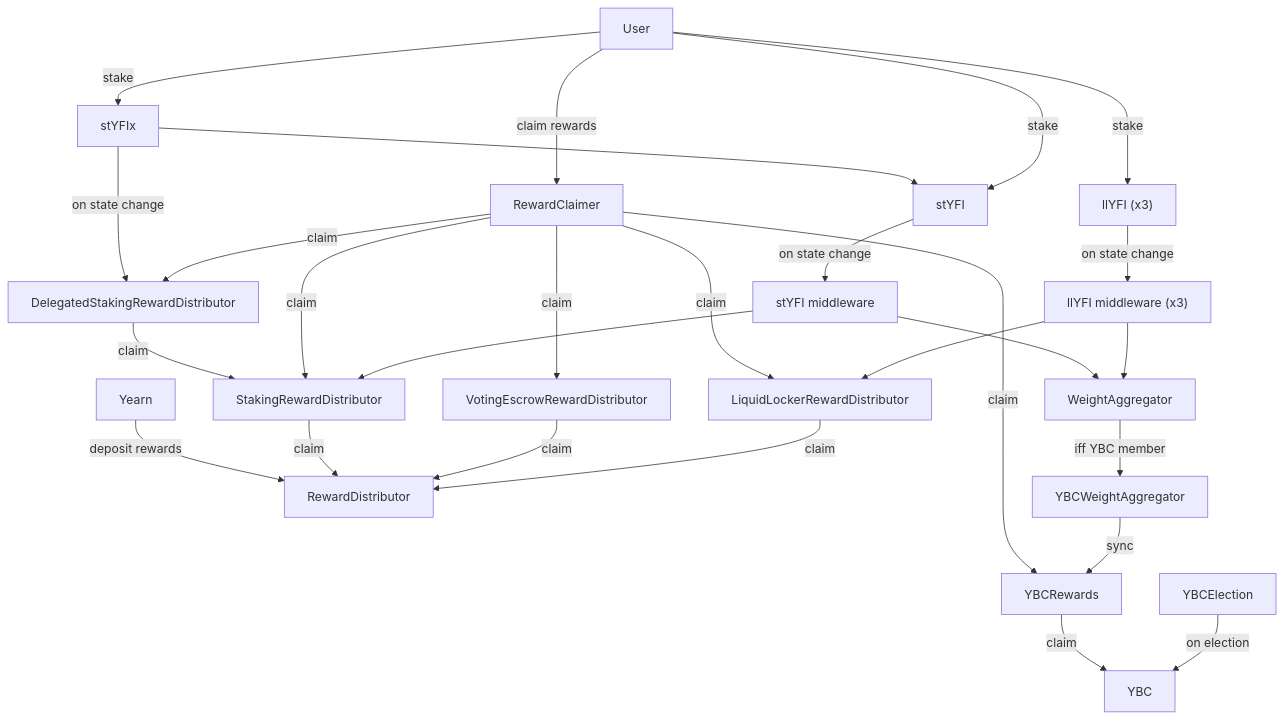
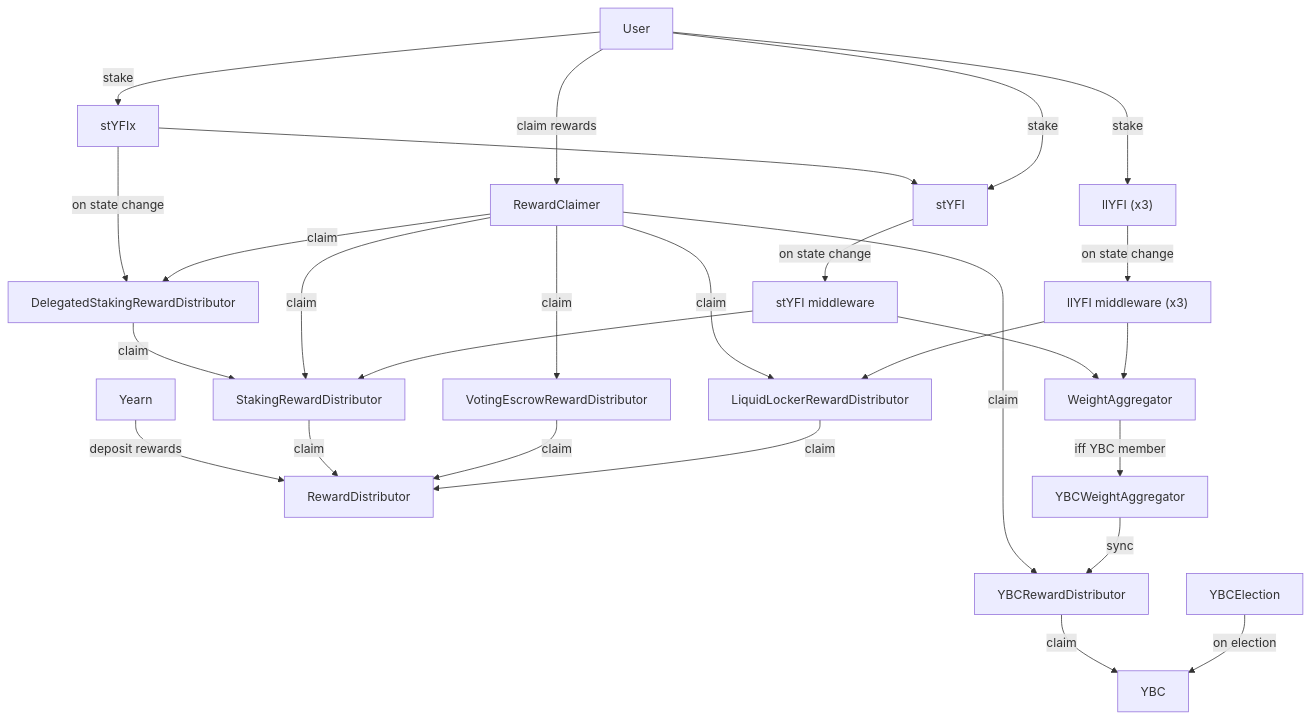
One commit to yearn/stYFI changed the diagram in README.md. Above: the diagram before and after it, drawn with Mermaid. The commit also changed other lines of this file and 2 other files, not shown here.

````diff
--- a/README.md
+++ b/README.md
@@ -53,53 +113,53 @@
 ```mermaid
 flowchart TD
     U[User]
     A[RewardDistributor]
     B[StakingRewardDistributor]
     D[VotingEscrowRewardDistributor]
     C[LiquidLockerRewardDistributor]
 
-    E[stYFI] -->|"on state change"| J
+    E[stYFI] --> |"on state change"| J
     G[stYFIx] --> E
     F["llYFI (x3)"] --> |"on state change"| K
 
     G --> |"on state change"| H[DelegatedStakingRewardDistributor]
     H --> |"claim"| B
 
     Y[Yearn] --> |"deposit rewards"|A
 
     B --> |"claim"| A
     D --> |"claim"| A
     C --> |"claim"| A
 
     I["RewardClaimer"]
     I --> |"claim"| B
     I --> |"claim"| D
     I --> |"claim"| C
     I --> |"claim"| H
     I --> |"claim"| N
     U --> |"claim rewards"| I
 
     U --> |"stake"| E
     U --> |"stake"| G
     U --> |"stake"| F
 
     J[stYFI middleware]
     J --> B
     J --> L
 
     K["llYFI middleware (x3)"]
     K --> C
     K --> L
 
     L[WeightAggregator]
     M[YBCWeightAggregator]
     L --> |"iff YBC member"| M
 
-    N[YBCRewards]
+    N[YBCRewardDistributor]
     M --> |sync| N
     N --> |claim| P
 
     P[YBC]
     O[YBCElection]
     O --> |"on election"| P
 ```
````
